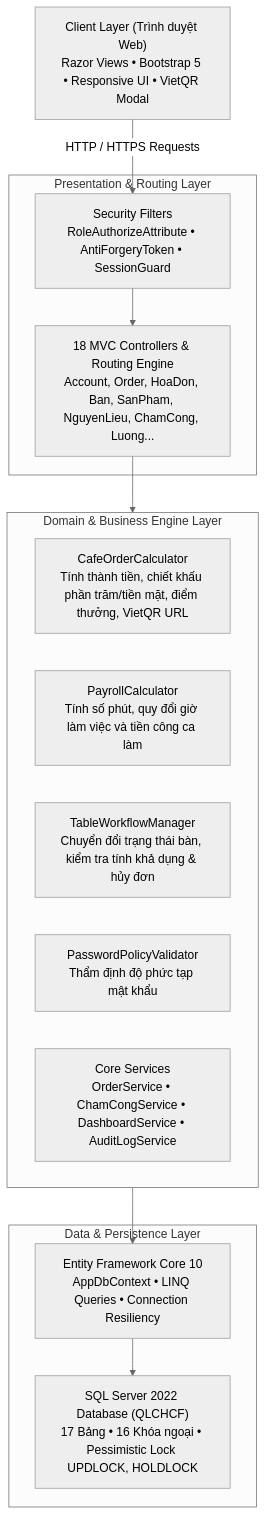
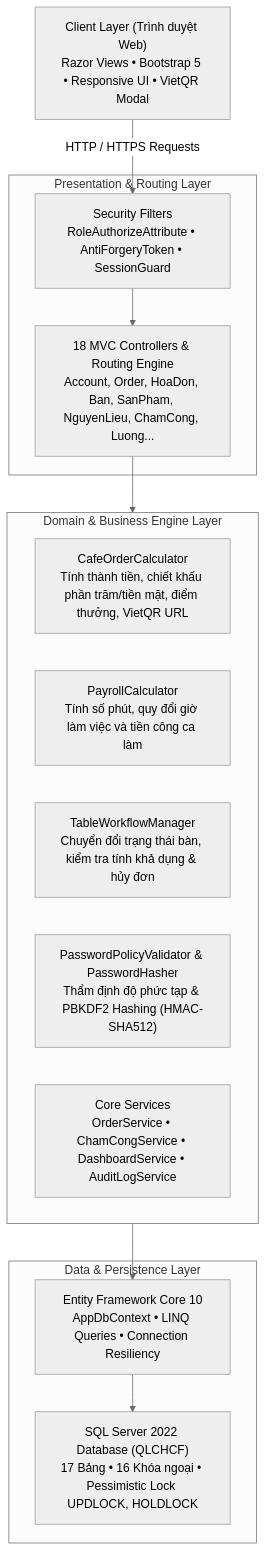
Before and after one commit to nguyenxp3n/WebQLCHCF: the first of 2 diagrams in README.md, drawn with Mermaid (neutral theme). The commit also changed other lines of this file and 13 other files, not shown here.

Commit message:
feat(security): implement PBKDF2 password hashing, secure session, database persistence guard & integration tests (335 -> 354 tests)

````diff
--- a/README.md
+++ b/README.md
@@ -16,28 +16,28 @@
 ```mermaid
 flowchart TD
     Client["Client Layer (Trình duyệt Web)\nRazor Views • Bootstrap 5 • Responsive UI • VietQR Modal"]
     
     subgraph Presentation ["Presentation & Routing Layer"]
         Ctrl["18 MVC Controllers & Routing Engine\nAccount, Order, HoaDon, Ban, SanPham, NguyenLieu, ChamCong, Luong..."]
         AuthFilter["Security Filters\nRoleAuthorizeAttribute • AntiForgeryToken • SessionGuard"]
     end
     
     subgraph Domain ["Domain & Business Engine Layer"]
         OrderCalc["CafeOrderCalculator\nTính thành tiền, chiết khấu phần trăm/tiền mặt, điểm thưởng, VietQR URL"]
         PayrollCalc["PayrollCalculator\nTính số phút, quy đổi giờ làm việc và tiền công ca làm"]
         TableWF["TableWorkflowManager\nChuyển đổi trạng thái bàn, kiểm tra tính khả dụng & hủy đơn"]
-        PassPolicy["PasswordPolicyValidator\nThẩm định độ phức tạp mật khẩu"]
+        PassPolicy["PasswordPolicyValidator & PasswordHasher\nThẩm định độ phức tạp & PBKDF2 Hashing (HMAC-SHA512)"]
         Services["Core Services\nOrderService • ChamCongService • DashboardService • AuditLogService"]
     end
     
     subgraph Persistence ["Data & Persistence Layer"]
         EF["Entity Framework Core 10\nAppDbContext • LINQ Queries • Connection Resiliency"]
         SQL["SQL Server 2022 Database (QLCHCF)\n17 Bảng • 16 Khóa ngoại • Pessimistic Lock UPDLOCK, HOLDLOCK"]
     end
 
     Client -->|HTTP / HTTPS Requests| AuthFilter
     AuthFilter --> Ctrl
     Ctrl --> Domain
     Domain --> EF
     EF --> SQL
 ```
````
